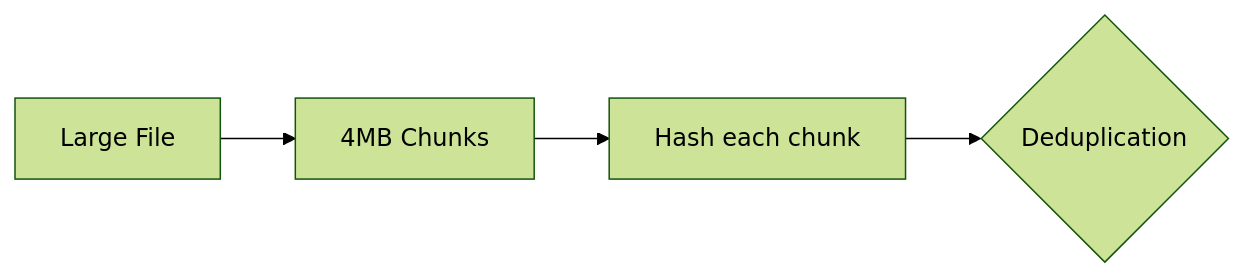
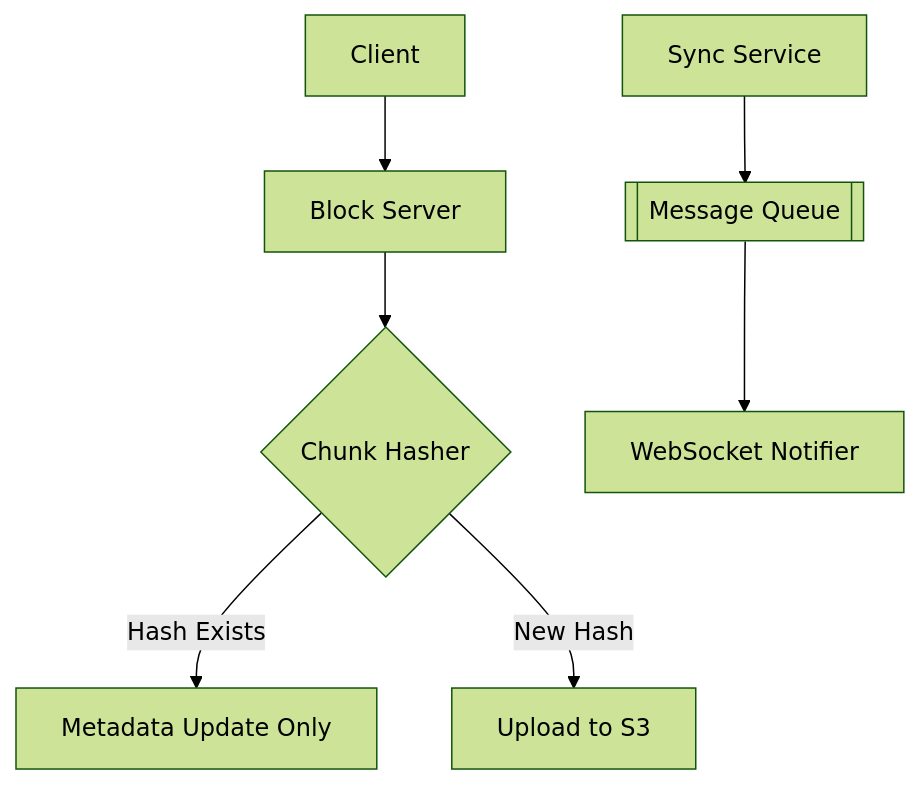
The second of 2 diagrams in 19-Interview_Question/04) Media Streaming & Delivery/Medium/03_DropBox/Problem.md (IshanDigra/HLD-Content), drawn with Mermaid (forest theme) before and after one commit. The commit also changed other lines of this file and 29 other files, not shown here.

First line of the commit message:
Address PR feedback: Add TOC, Diagrams, and BOE calculations

````diff
--- a/19-Interview_Question/04) Media Streaming & Delivery/Medium/03_DropBox/Problem.md
+++ b/19-Interview_Question/04) Media Streaming & Delivery/Medium/03_DropBox/Problem.md
@@ -151,6 +125,9 @@
 ```mermaid
-graph LR
-    A[Large File] --> B[4MB Chunks]
-    B --> C[Hash each chunk]
-    C --> D{Deduplication}
+graph TD
+    A[Client] --> B[Block Server]
+    B --> C{Chunk Hasher}
+    C -->|Hash Exists| D[Metadata Update Only]
+    C -->|New Hash| E[Upload to S3]
+    F[Sync Service] --> G[[Message Queue]]
+    G --> H[WebSocket Notifier]
 ```
````
